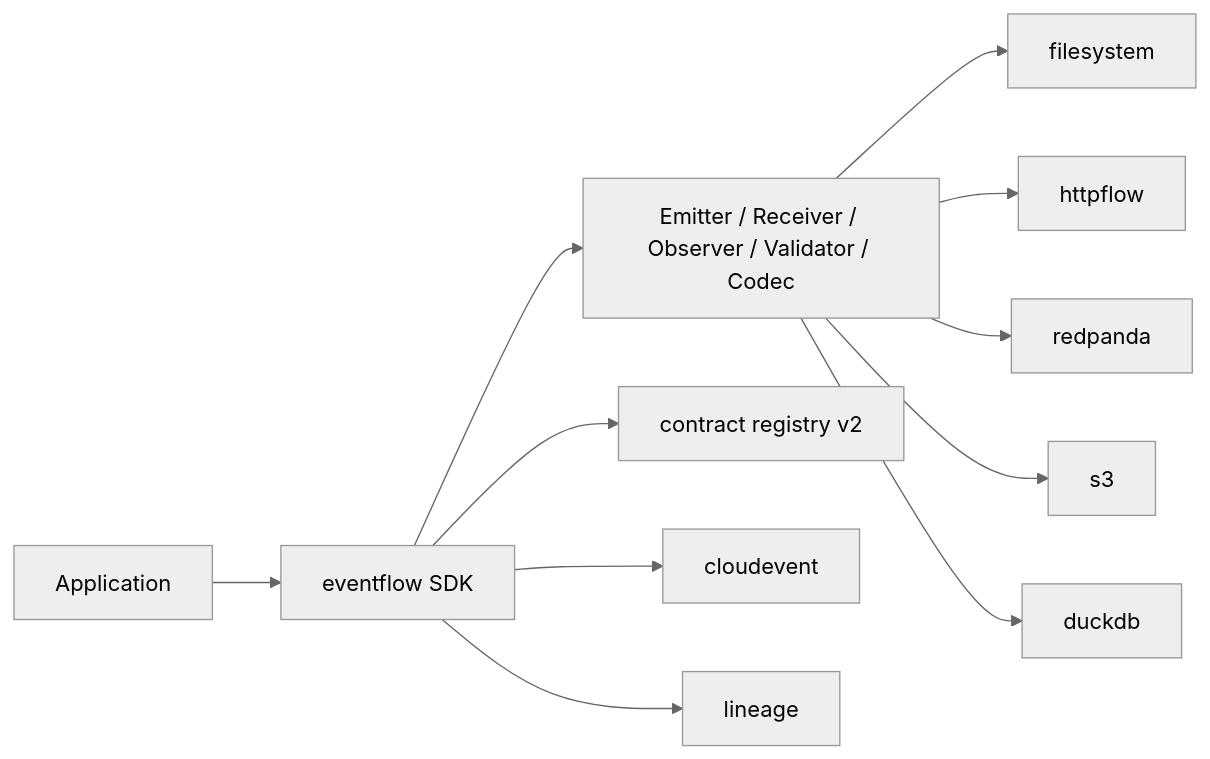
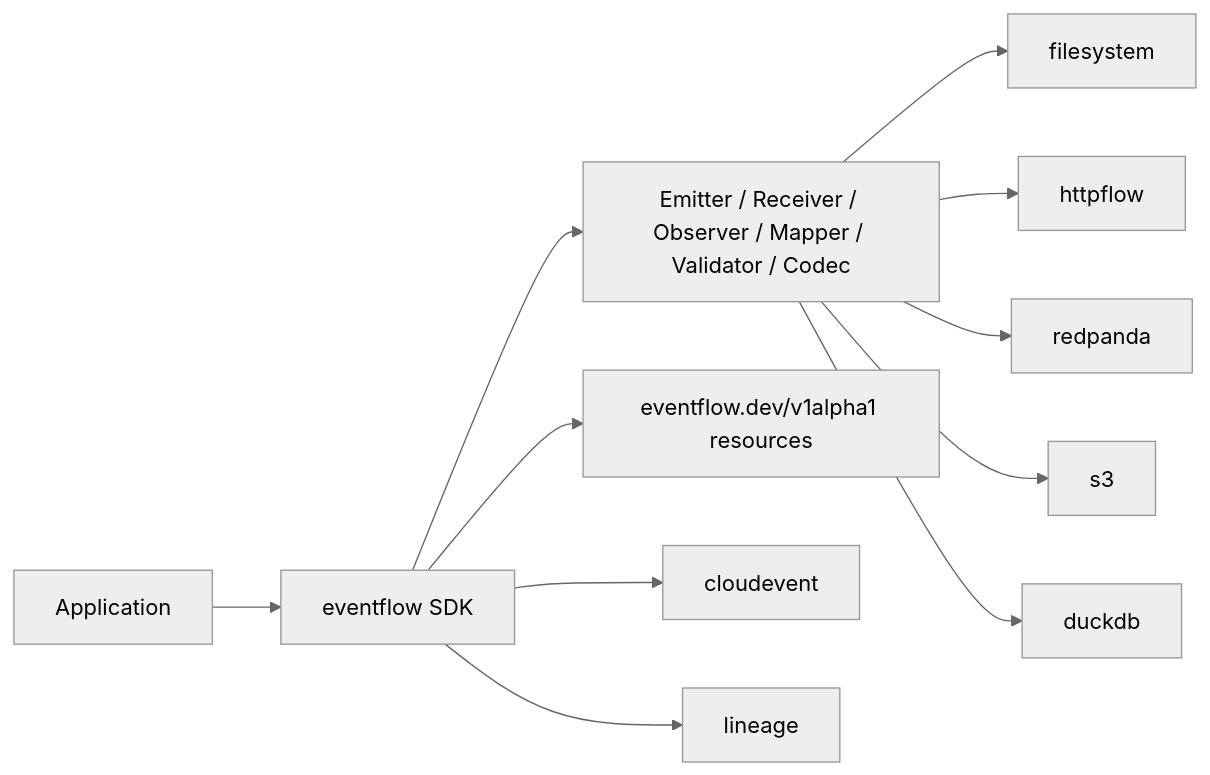
Before and after one commit to rezarajan/eventflow: the first of 2 diagrams in docs/architecture.md, drawn with Mermaid (neutral theme). The commit also changed other lines of this file and 24 other files, not shown here.

````diff
--- a/docs/architecture.md
+++ b/docs/architecture.md
@@ -8,13 +8,13 @@
 ```mermaid
 flowchart LR
   App[Application] --> SDK[eventflow SDK]
-  SDK --> Ports[Emitter / Receiver / Observer / Validator / Codec]
+  SDK --> Ports[Emitter / Receiver / Observer / Mapper / Validator / Codec]
   Ports --> FS[filesystem]
   Ports --> HTTP[httpflow]
   Ports --> RP[redpanda]
   Ports --> S3[s3]
   Ports --> Duck[duckdb]
-  SDK --> Contract[contract registry v2]
+  SDK --> Resource[eventflow.dev/v1alpha1 resources]
   SDK --> CE[cloudevent]
   SDK --> OL[lineage]
 ```
````
